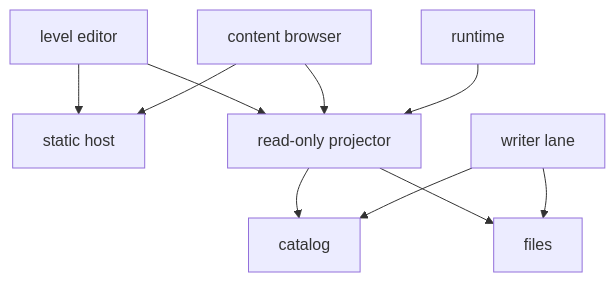
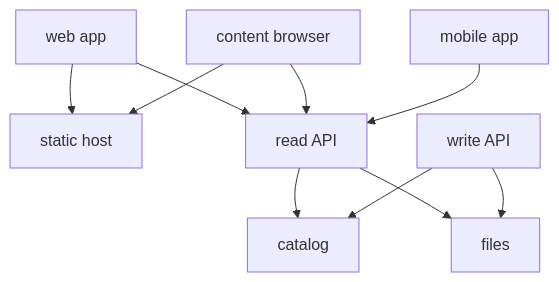
Diagram 12 of 12 in skills/authoring/diagrams-and-tables/references/worked-examples.md (jonasferagen/agent-skills), drawn with Mermaid before and after one commit. The commit also changed other lines of this file and 95 other files, not shown here.

````diff
--- a/skills/authoring/diagrams-and-tables/references/worked-examples.md
+++ b/skills/authoring/diagrams-and-tables/references/worked-examples.md
@@ -236,20 +237,20 @@
 ```mermaid
 flowchart TB
-    E0["level editor"]
+    E0["web app"]
     E1["content browser"]
-    E2["runtime"]
+    E2["mobile app"]
     S0["static host"]
-    S1["read-only projector"]
-    S2["writer lane"]
+    S1["read API"]
+    S2["write API"]
     B0["catalog"]
     B1["files"]
   E0 --> S0
   E0 --> S1
   E1 --> S0
   E1 --> S1
   E2 --> S1
   S1 --> B0
   S1 --> B1
   S2 --> B0
   S2 --> B1
 ```
````
